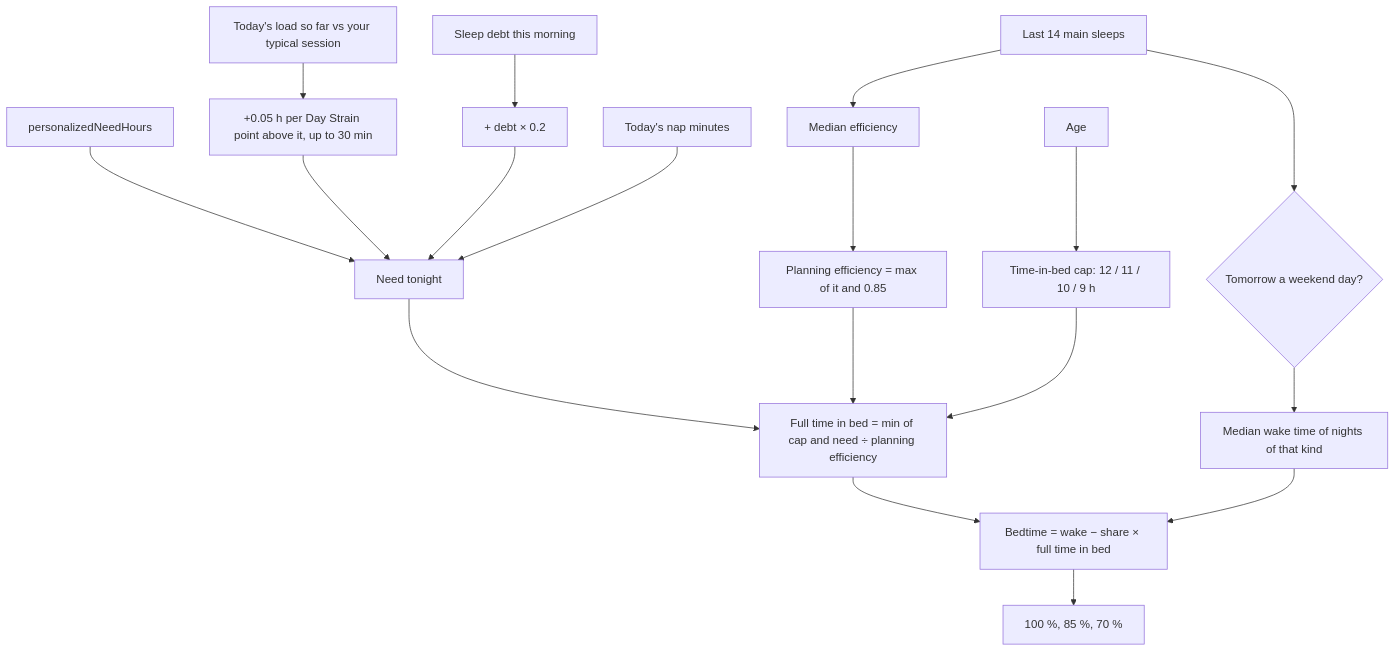
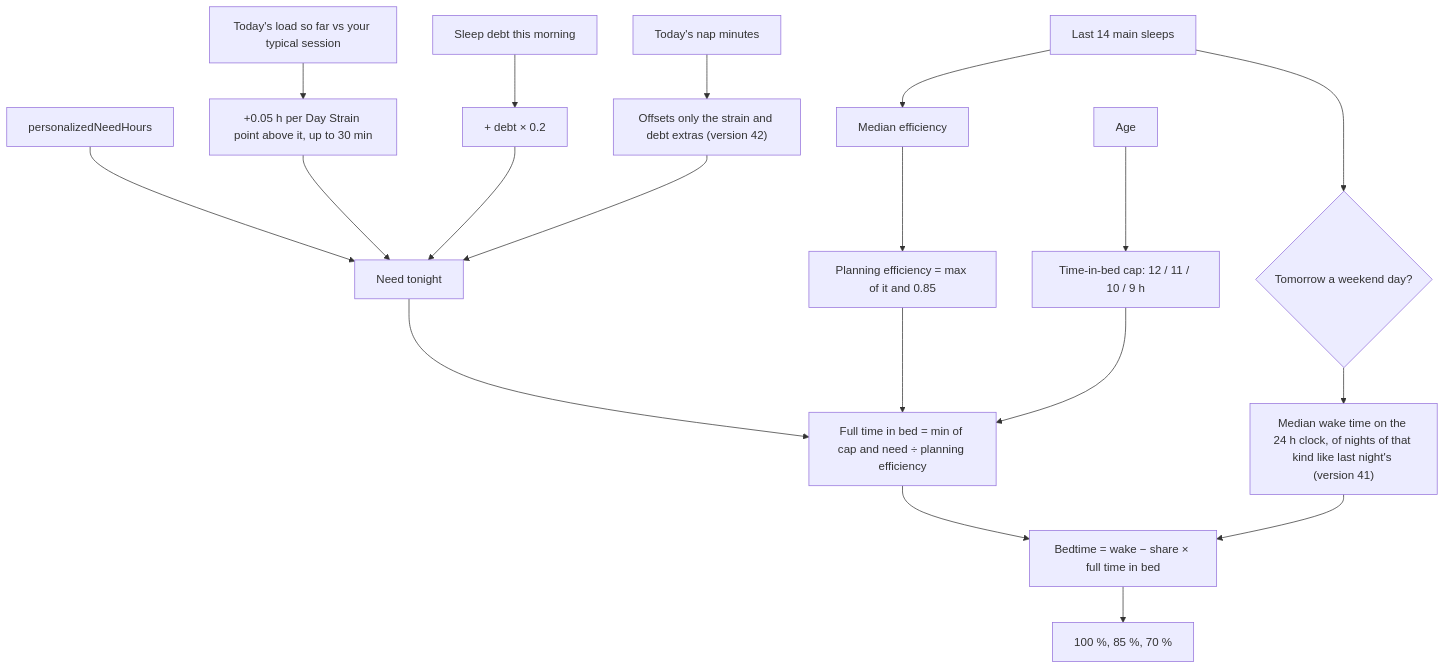
One commit to RohitDhatrak/pulse changed the diagram in docs/algorithms/sleep-planner.md. Above: the diagram before and after it, drawn with Mermaid. The commit also changed other lines of this file and 32 other files, not shown here.

````diff
--- a/docs/algorithms/sleep-planner.md
+++ b/docs/algorithms/sleep-planner.md
@@ -15,20 +15,21 @@
 ```mermaid
 flowchart TB
   BN[personalizedNeedHours] --> NEED[Need tonight]
   EF[Today's load so far vs your typical session] --> SA[+0.05 h per Day Strain point above it, up to 30 min]
   SA --> NEED
   DB[Sleep debt this morning] --> DR[+ debt × 0.2]
   DR --> NEED
-  NAP[Today's nap minutes] --> NEED
+  NAP[Today's nap minutes] --> NC["Offsets only the strain and debt extras (version 42)"]
+  NC --> NEED
   N14[Last 14 main sleeps] --> WK{Tomorrow a weekend day?}
-  WK --> WAKE[Median wake time of nights of that kind]
+  WK --> WAKE["Median wake time on the 24 h clock, of nights of that kind like last night's (version 41)"]
   N14 --> EFF[Median efficiency]
   EFF --> PE[Planning efficiency = max of it and 0.85]
   AGE[Age] --> CAP[Time-in-bed cap: 12 / 11 / 10 / 9 h]
   NEED --> FULL[Full time in bed = min of cap and need ÷ planning efficiency]
   PE --> FULL
   CAP --> FULL
   FULL --> BED[Bedtime = wake − share × full time in bed]
   WAKE --> BED
   BED --> OUT[100 %, 85 %, 70 %]
 ```
````
